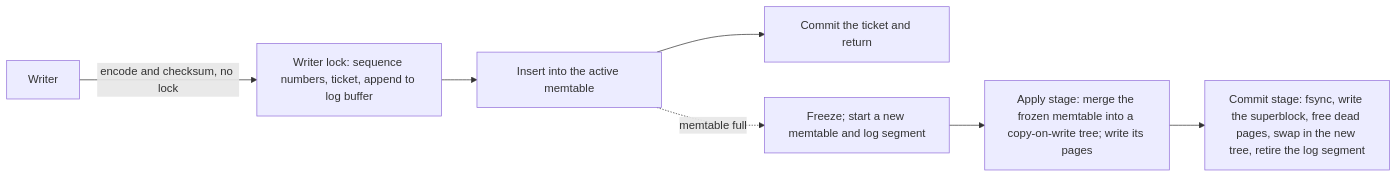
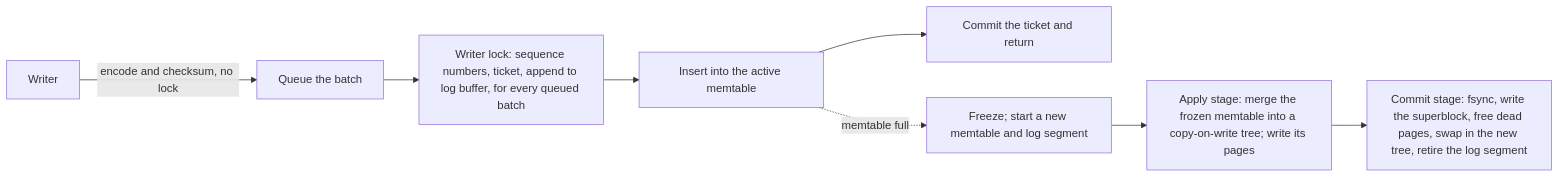
Before and after one commit to danthegoodman1/lionturtle: the diagram in README.md, drawn with Mermaid. The commit also changed other lines of this file and 2 other files, not shown here.

First line of the commit message:
Serve queued writers in one turn at the writer lock

````diff
--- a/README.md
+++ b/README.md
@@ -187,9 +196,10 @@
 ```mermaid
 flowchart LR
-  W[Writer] -->|encode and checksum, no lock| L[Writer lock: sequence numbers, ticket, append to log buffer]
+  W[Writer] -->|encode and checksum, no lock| Q[Queue the batch]
+  Q --> L[Writer lock: sequence numbers, ticket, append to log buffer, for every queued batch]
   L --> M[Insert into the active memtable]
   M --> C[Commit the ticket and return]
   M -.->|memtable full| F[Freeze; start a new memtable and log segment]
   F --> A[Apply stage: merge the frozen memtable into a copy-on-write tree; write its pages]
   A --> K[Commit stage: fsync, write the superblock, free dead pages, swap in the new tree, retire the log segment]
 ```
````
